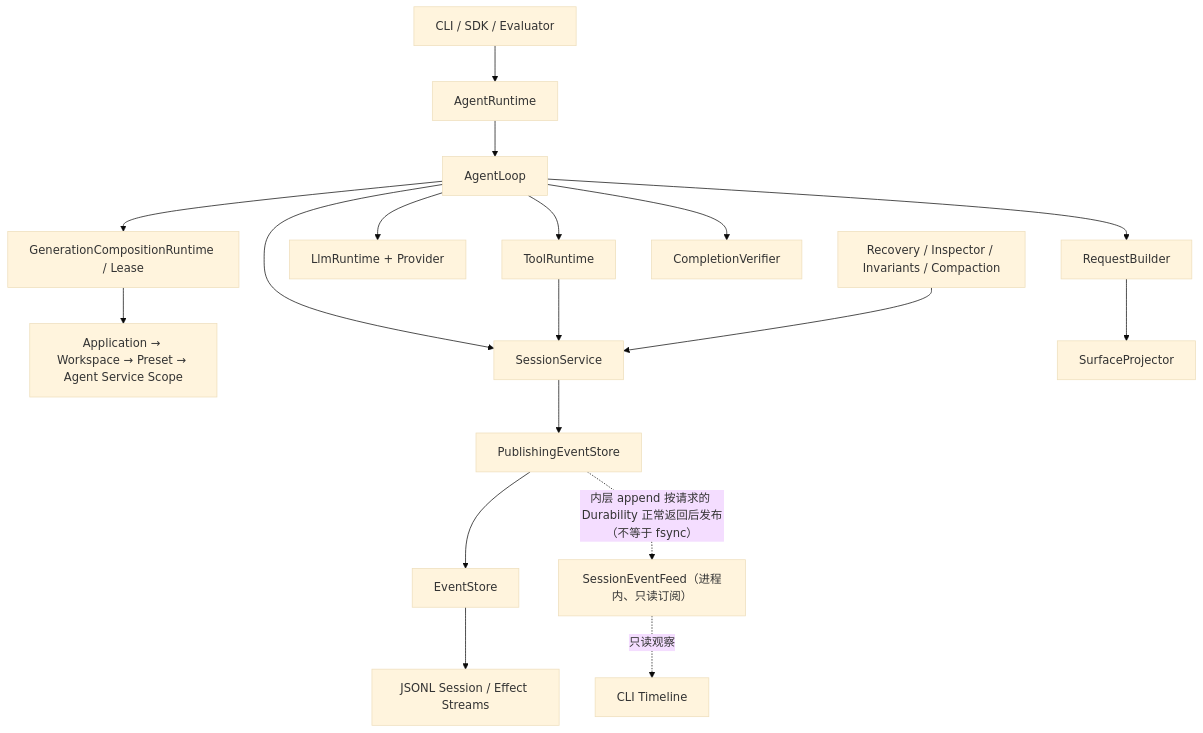
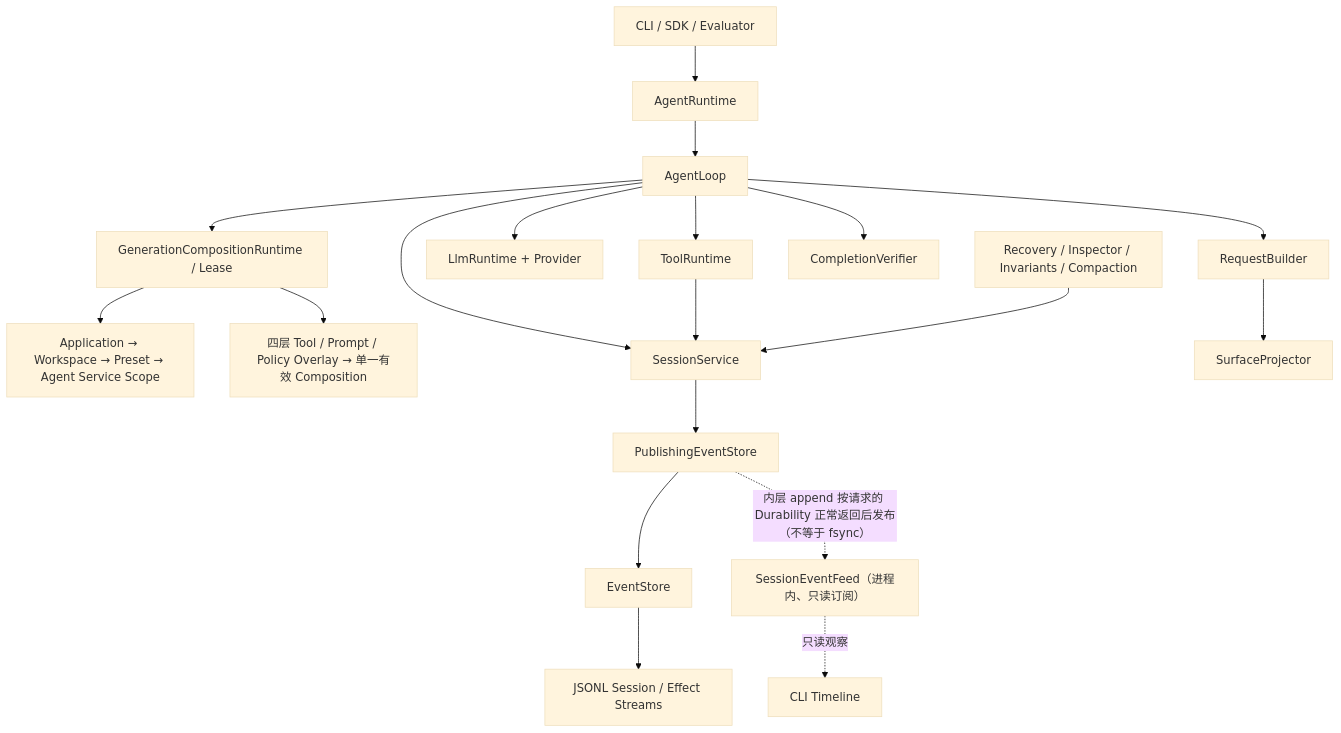
The first of 11 diagrams in docs/note/project-context.md (uboyme/traceHarness), drawn with Mermaid (base theme) before and after one commit. The commit also changed other lines of this file and 19 other files, not shown here.

````diff
--- a/docs/note/project-context.md
+++ b/docs/note/project-context.md
@@ -157,20 +158,21 @@
 ```mermaid
 flowchart TD
     CLI["CLI / SDK / Evaluator"] --> AR["AgentRuntime"]
     AR --> AL["AgentLoop"]
     AL --> CR["GenerationCompositionRuntime / Lease"]
     CR --> SC["Application → Workspace → Preset → Agent Service Scope"]
+    CR --> CO["四层 Tool / Prompt / Policy Overlay → 单一有效 Composition"]
     AL --> RB["RequestBuilder"]
     AL --> LR["LlmRuntime + Provider"]
     AL --> TR["ToolRuntime"]
     AL --> CV["CompletionVerifier"]
     AL --> SS["SessionService"]
     RB --> SP["SurfaceProjector"]
     TR --> SS
     SS --> PS["PublishingEventStore"]
     PS --> ES["EventStore"]
     ES --> JL["JSONL Session / Effect Streams"]
     PS -. "内层 append 按请求的 Durability 正常返回后发布（不等于 fsync）" .-> FEED["SessionEventFeed（进程内、只读订阅）"]
     FEED -. "只读观察" .-> UI["CLI Timeline"]
     REC["Recovery / Inspector / Invariants / Compaction"] --> SS
 ```
````
